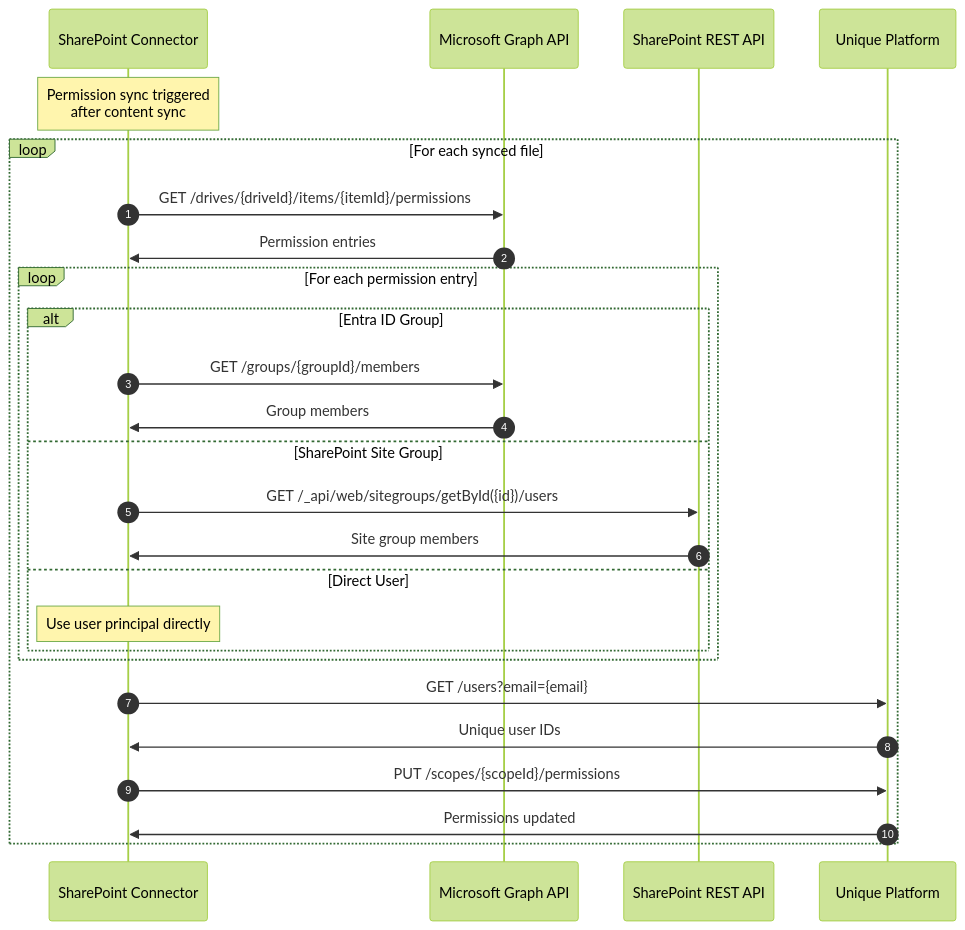
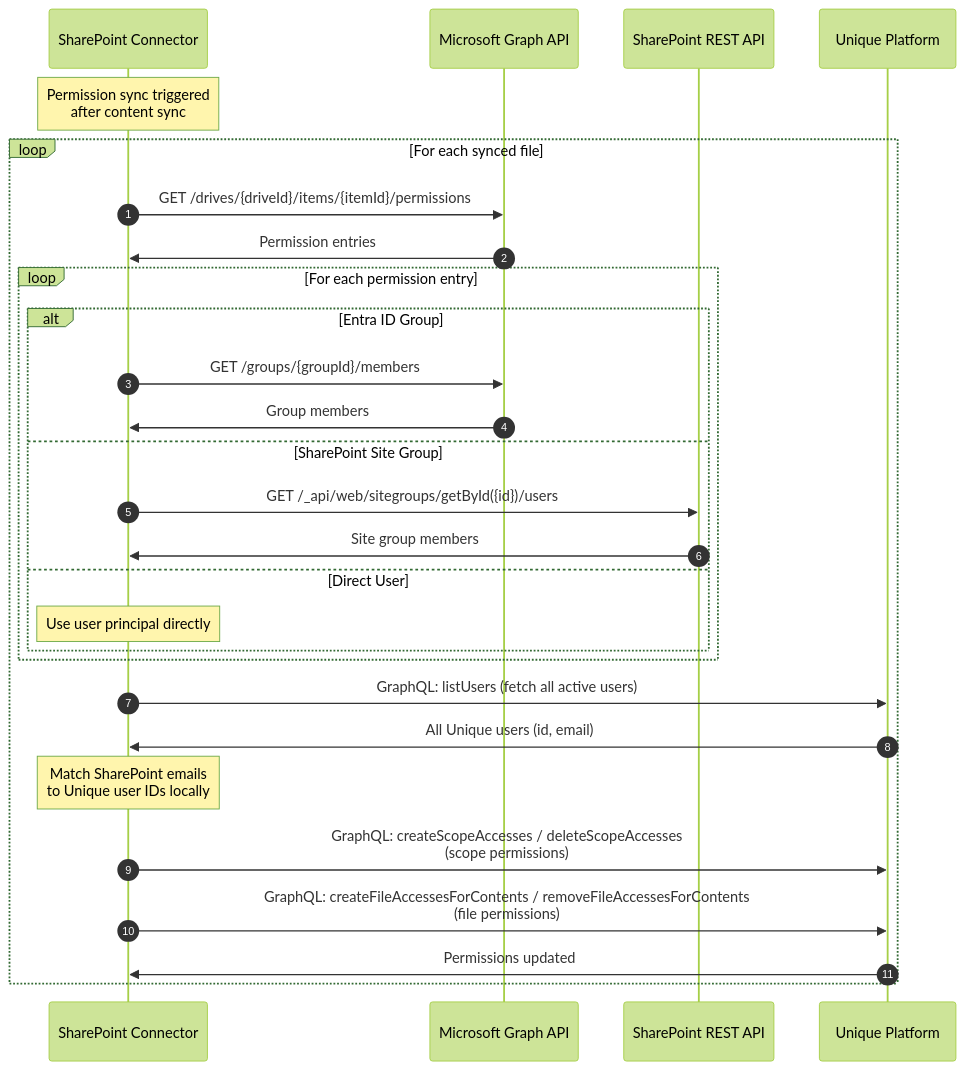
Before and after one commit to Unique-AG/connectors: the sixth of 10 diagrams in services/sharepoint-connector/docs/technical/flows.md, drawn with Mermaid (forest theme). The commit also changed other lines of this file and 4 other files, not shown here.

````diff
--- a/services/sharepoint-connector/docs/technical/flows.md
+++ b/services/sharepoint-connector/docs/technical/flows.md
@@ -246,33 +245,35 @@
 ```mermaid
 sequenceDiagram
     autonumber
     participant Connector as SharePoint Connector
     participant Graph as Microsoft Graph API
     participant SPREST as SharePoint REST API
     participant Unique as Unique Platform
 
     Note over Connector: Permission sync triggered<br/>after content sync
 
     loop For each synced file
         Connector->>Graph: GET /drives/{driveId}/items/{itemId}/permissions
         Graph->>Connector: Permission entries
 
         loop For each permission entry
             alt Entra ID Group
                 Connector->>Graph: GET /groups/{groupId}/members
                 Graph->>Connector: Group members
             else SharePoint Site Group
                 Connector->>SPREST: GET /_api/web/sitegroups/getById({id})/users
                 SPREST->>Connector: Site group members
             else Direct User
                 Note over Connector: Use user principal directly
             end
         end
 
-        Connector->>Unique: GET /users?email={email}
-        Unique->>Connector: Unique user IDs
+        Connector->>Unique: GraphQL: listUsers (fetch all active users)
+        Unique->>Connector: All Unique users (id, email)
+        Note over Connector: Match SharePoint emails<br/>to Unique user IDs locally
 
-        Connector->>Unique: PUT /scopes/{scopeId}/permissions
+        Connector->>Unique: GraphQL: createScopeAccesses / deleteScopeAccesses <br/> (scope permissions)
+        Connector->>Unique: GraphQL: createFileAccessesForContents / removeFileAccessesForContents <br/> (file permissions)
         Unique->>Connector: Permissions updated
     end
 ```
````
